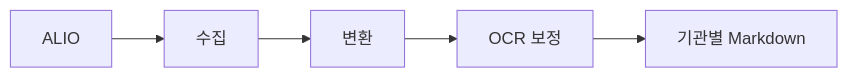
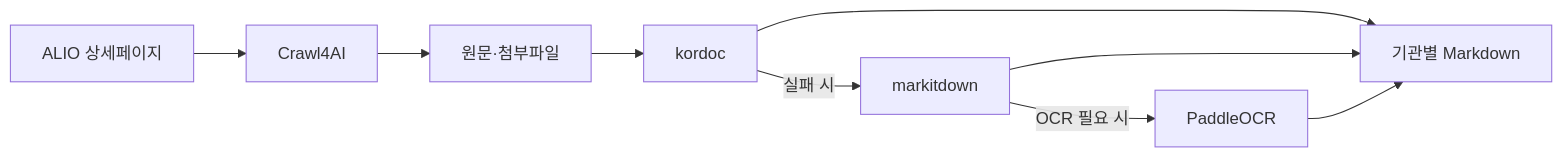
The diagram in README.md (bigone-kcrew/crawl4alio), drawn with Mermaid before and after one commit. The commit also changed other lines of this file, not shown here.

````diff
--- a/README.md
+++ b/README.md
@@ -19,7 +19,11 @@
 ```mermaid
 flowchart LR
-    A["ALIO"] --> B["수집"]
-    B --> C["변환"]
-    C --> D["OCR 보정"]
-    D --> E["기관별 Markdown"]
+    A["ALIO 상세페이지"] --> B["Crawl4AI"]
+    B --> C["원문·첨부파일"]
+    C --> D["kordoc"]
+    D -->|실패 시| E["markitdown"]
+    E -->|OCR 필요 시| F["PaddleOCR"]
+    D --> G["기관별 Markdown"]
+    E --> G
+    F --> G
 ```
````
